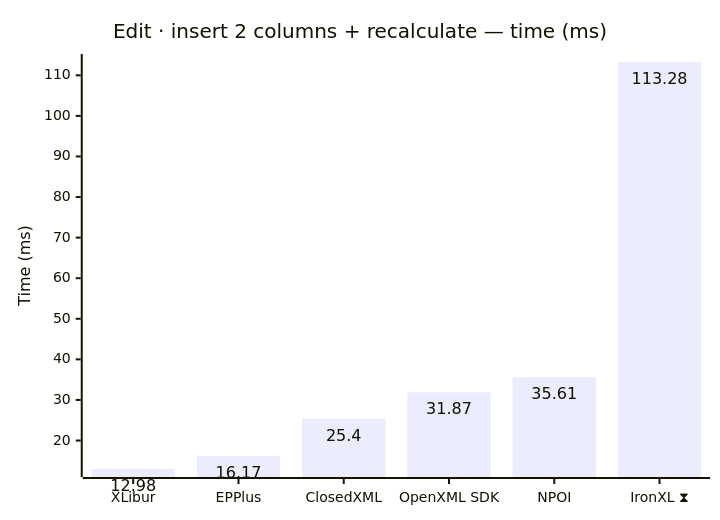
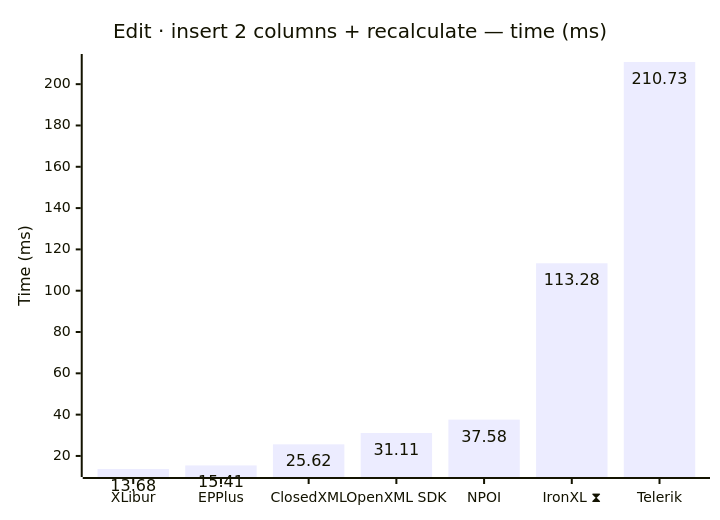
Before and after one commit to jafin/XLBench: diagram 11 of 12 in docs/results.md, drawn with Mermaid. The commit also changed other lines of this file and 3 other files, not shown here.

````diff
--- a/docs/results.md
+++ b/docs/results.md
@@ -169,12 +170,12 @@
 ```mermaid
 ---
 config:
   xyChart:
     showDataLabel: true
 ---
 xychart-beta
     title "Edit · insert 2 columns + recalculate — time (ms)"
-    x-axis ["XLibur", "EPPlus", "ClosedXML", "OpenXML SDK", "NPOI", "IronXL ⧗"]
+    x-axis ["XLibur", "EPPlus", "ClosedXML", "OpenXML SDK", "NPOI", "IronXL ⧗", "Telerik"]
     y-axis "Time (ms)"
-    bar [12.98, 16.17, 25.4, 31.87, 35.61, 113.28]
+    bar [13.68, 15.41, 25.62, 31.11, 37.58, 113.28, 210.73]
 ```
````
